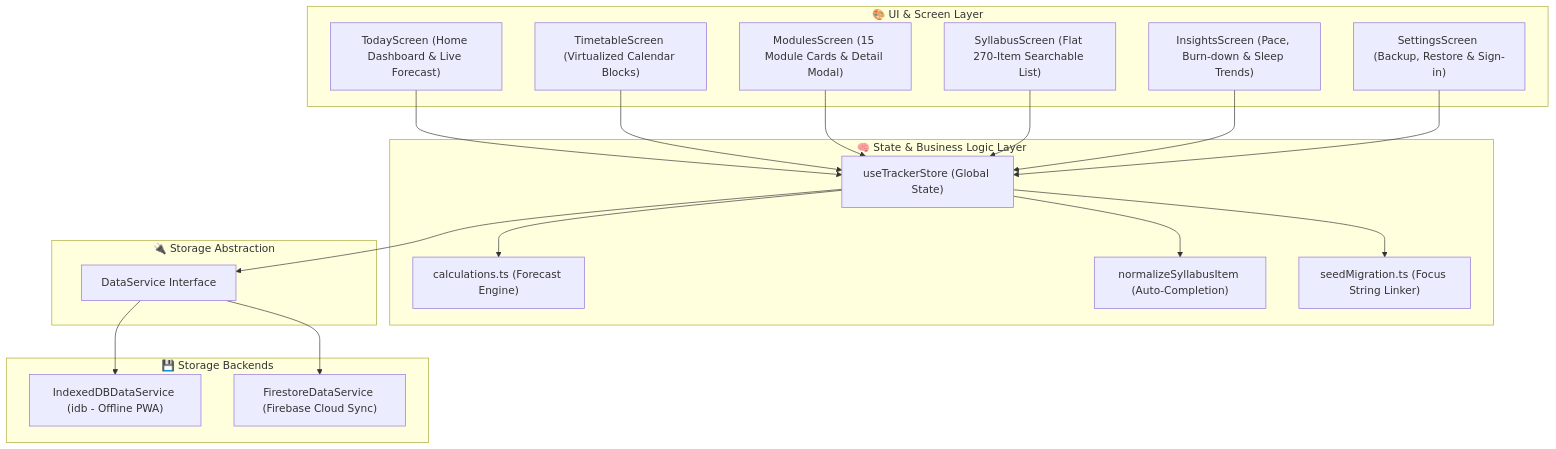
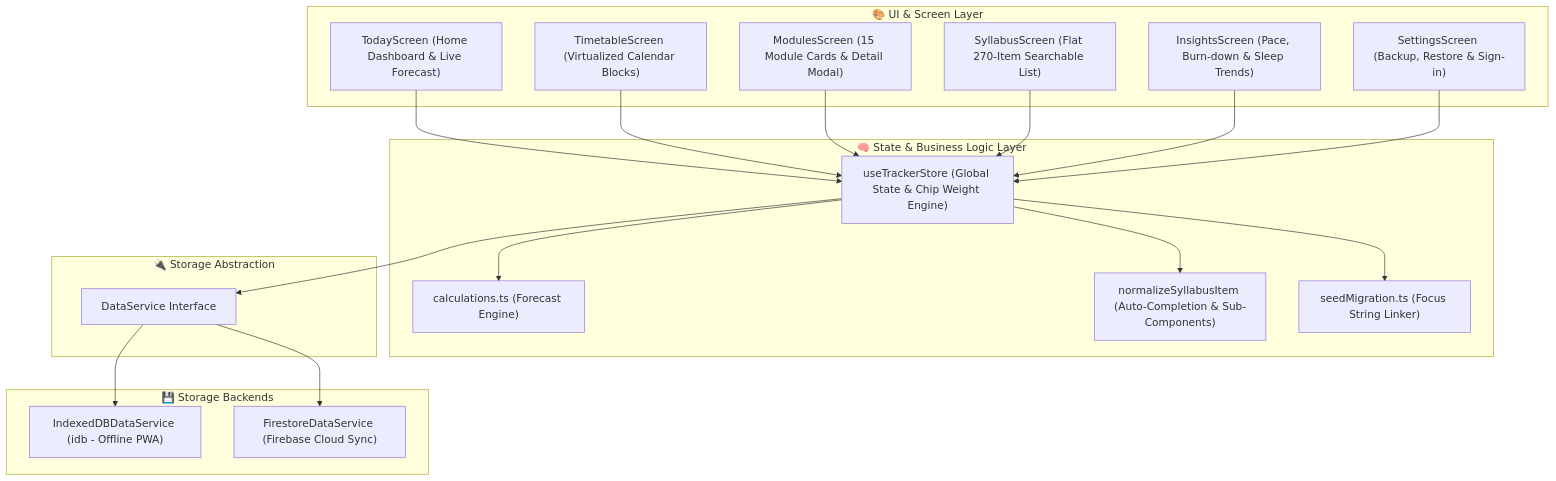
The first of 3 diagrams in README.md (Abarajithan-Selvaraj/scaler-aiml-tracker), drawn with Mermaid before and after one commit. The commit also changed other lines of this file, not shown here.

Commit message:
docs: update README with auto-appended study hours, chip deletion/restoration, sleep preset pills, and 113 unit tests

````diff
--- a/README.md
+++ b/README.md
@@ -11,40 +11,40 @@
 ```mermaid
 graph TD
     subgraph UILayer ["🎨 UI & Screen Layer"]
         Today["TodayScreen (Home Dashboard & Live Forecast)"]
         Timetable["TimetableScreen (Virtualized Calendar Blocks)"]
         Modules["ModulesScreen (15 Module Cards & Detail Modal)"]
         Syllabus["SyllabusScreen (Flat 270-Item Searchable List)"]
         Insights["InsightsScreen (Pace, Burn-down & Sleep Trends)"]
         Settings["SettingsScreen (Backup, Restore & Sign-in)"]
     end
 
     subgraph StateLayer ["🧠 State & Business Logic Layer"]
-        Store["useTrackerStore (Global State)"]
+        Store["useTrackerStore (Global State & Chip Weight Engine)"]
         Calc["calculations.ts (Forecast Engine)"]
-        Normalize["normalizeSyllabusItem (Auto-Completion)"]
+        Normalize["normalizeSyllabusItem (Auto-Completion & Sub-Components)"]
         Seed["seedMigration.ts (Focus String Linker)"]
     end
 
     subgraph AbstractionLayer ["🔌 Storage Abstraction"]
         DataService["DataService Interface"]
     end
 
     subgraph StorageLayer ["💾 Storage Backends"]
         IDB["IndexedDBDataService (idb - Offline PWA)"]
         FS["FirestoreDataService (Firebase Cloud Sync)"]
     end
 
     Today --> Store
     Timetable --> Store
     Modules --> Store
     Syllabus --> Store
     Insights --> Store
     Settings --> Store
     Store --> Calc
     Store --> Normalize
     Store --> Seed
     Store --> DataService
     DataService --> IDB
     DataService --> FS
 ```
````
